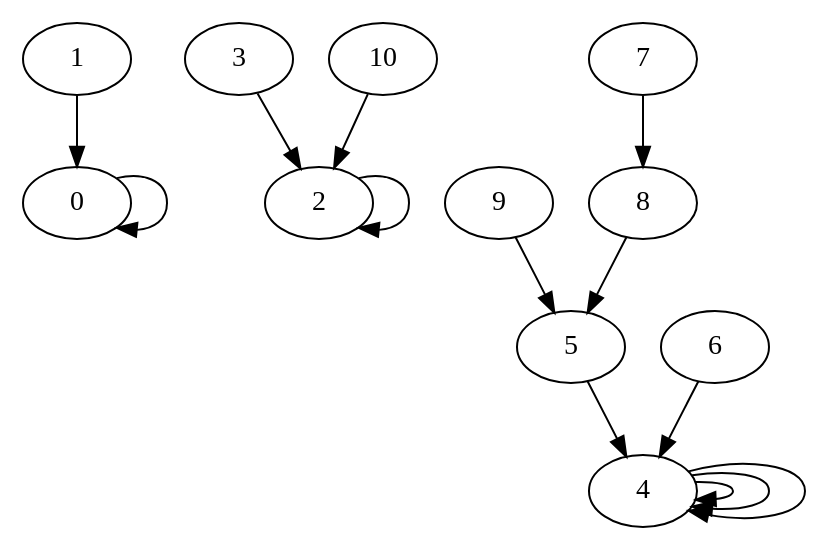
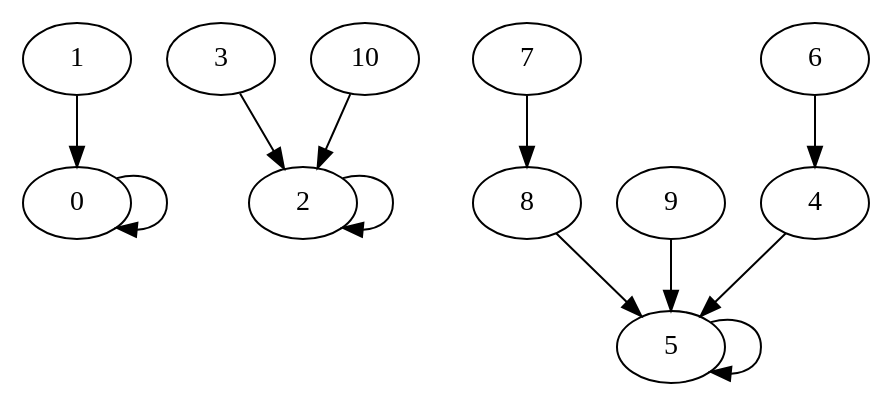
One commit to evlrs/Labyrinthe changed the diagram in partition/Nico/graph_partition_nico.dot. Above: the diagram before and after it, drawn with Graphviz. The commit also changed 9 other files, not shown here.

Commit message:
ajout dossier nico graph

```diff
--- a/partition/Nico/graph_partition_nico.dot
+++ b/partition/Nico/graph_partition_nico.dot
@@ -1,15 +1,13 @@
 digraph {
+    0 -> 0;
     1 -> 0;
+    2 -> 2;
     3 -> 2;
-    10 -> 2;
-    9 -> 5;
+    4 -> 5;
+    5 -> 5;
     6 -> 4;
     7 -> 8;
     8 -> 5;
-    5 -> 4;
-    4 -> 4;
-    4 -> 4;
-    0 -> 0;
-    2 -> 2;
-    4 -> 4;
+    9 -> 5;
+    10 -> 2;
 }
```
